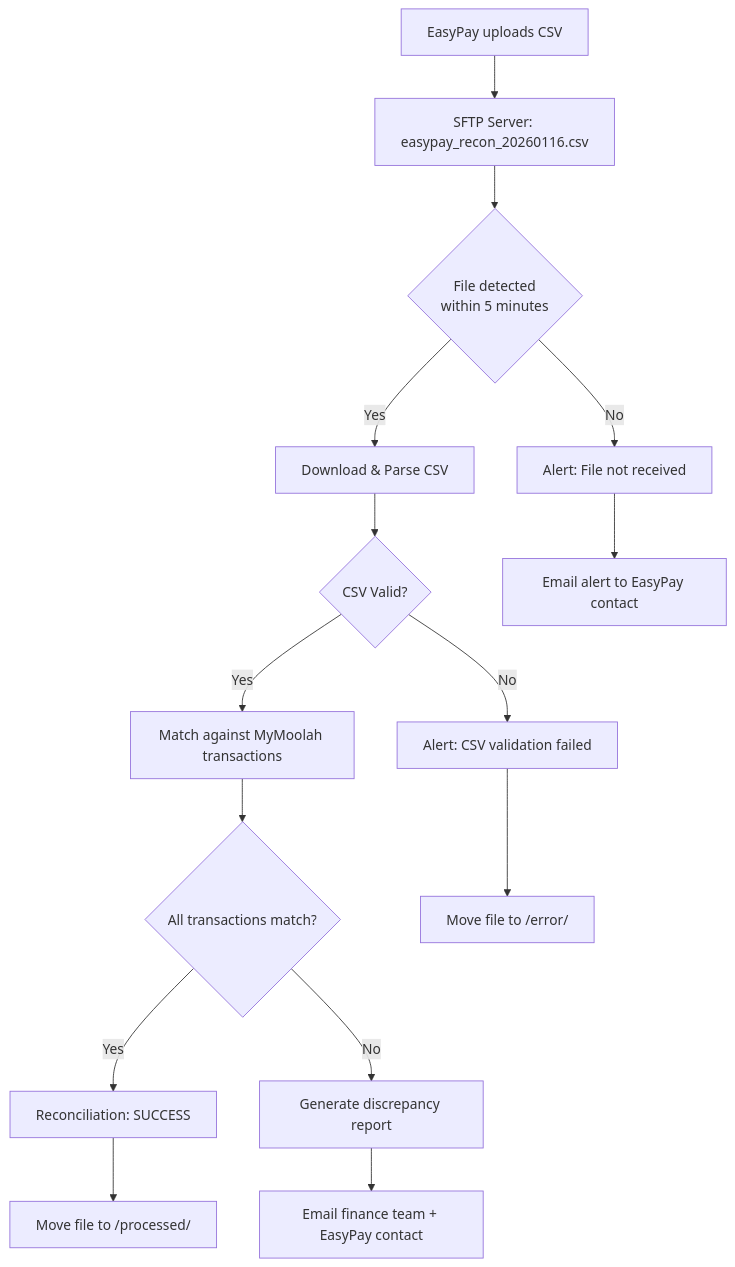
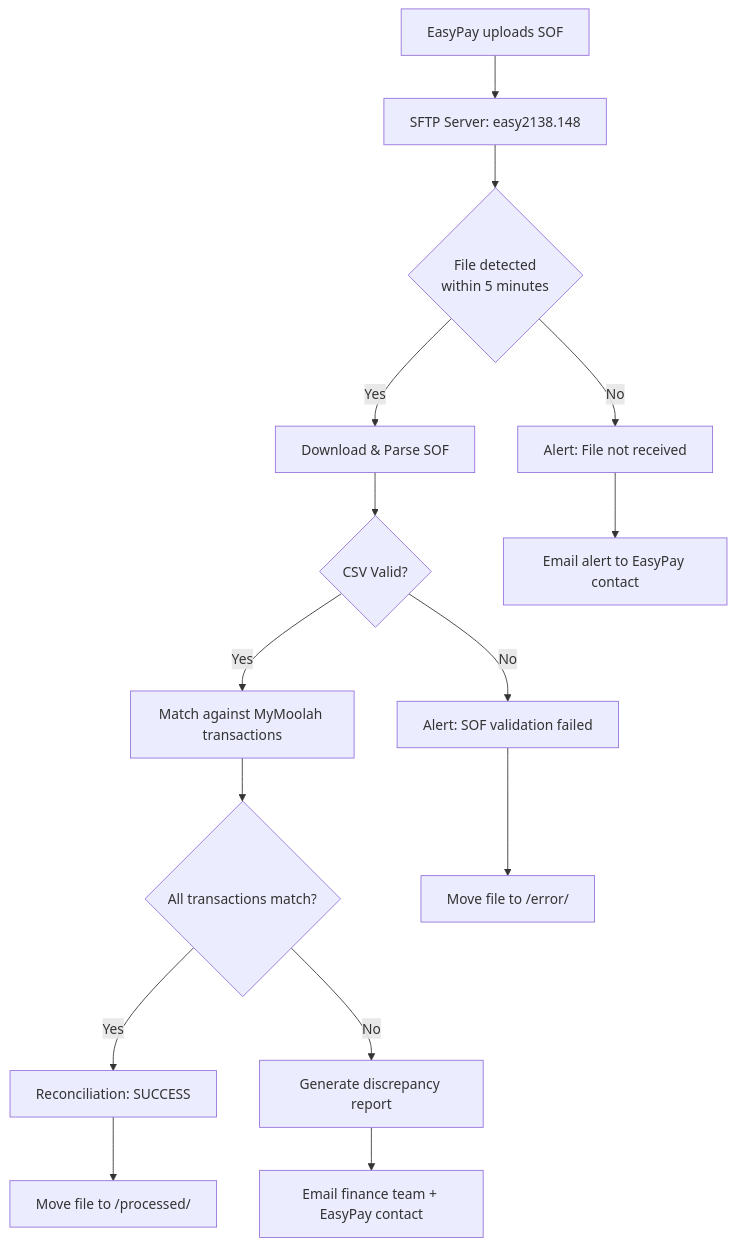
One commit to mymoolah-africa/mymoolah-platform changed the fifth of 7 diagrams in docs/integrations/EasyPay_API_Integration_Guide.md. Above: the diagram before and after it, drawn with Mermaid. The commit also changed other lines of this file and 7 other files, not shown here.

First line of the commit message:
feat: EasyPay SOF adapter + recon config migration + firewall rule

````diff
--- a/docs/integrations/EasyPay_API_Integration_Guide.md
+++ b/docs/integrations/EasyPay_API_Integration_Guide.md
@@ -1183,17 +1206,17 @@
 ```mermaid
 flowchart TD
-    A[EasyPay uploads CSV] --> B[SFTP Server: easypay_recon_20260116.csv]
+    A[EasyPay uploads SOF] --> B[SFTP Server: easy2138.148]
     B --> C{File detected<br/>within 5 minutes}
-    C -->|Yes| D[Download & Parse CSV]
+    C -->|Yes| D[Download & Parse SOF]
     C -->|No| E[Alert: File not received]
     D --> F{CSV Valid?}
-    F -->|No| G[Alert: CSV validation failed]
+    F -->|No| G[Alert: SOF validation failed]
     F -->|Yes| H[Match against MyMoolah transactions]
     H --> I{All transactions match?}
     I -->|Yes| J[Reconciliation: SUCCESS]
     I -->|No| K[Generate discrepancy report]
     K --> L[Email finance team + EasyPay contact]
     J --> M[Move file to /processed/]
     G --> N[Move file to /error/]
     E --> O[Email alert to EasyPay contact]
 ```
````
